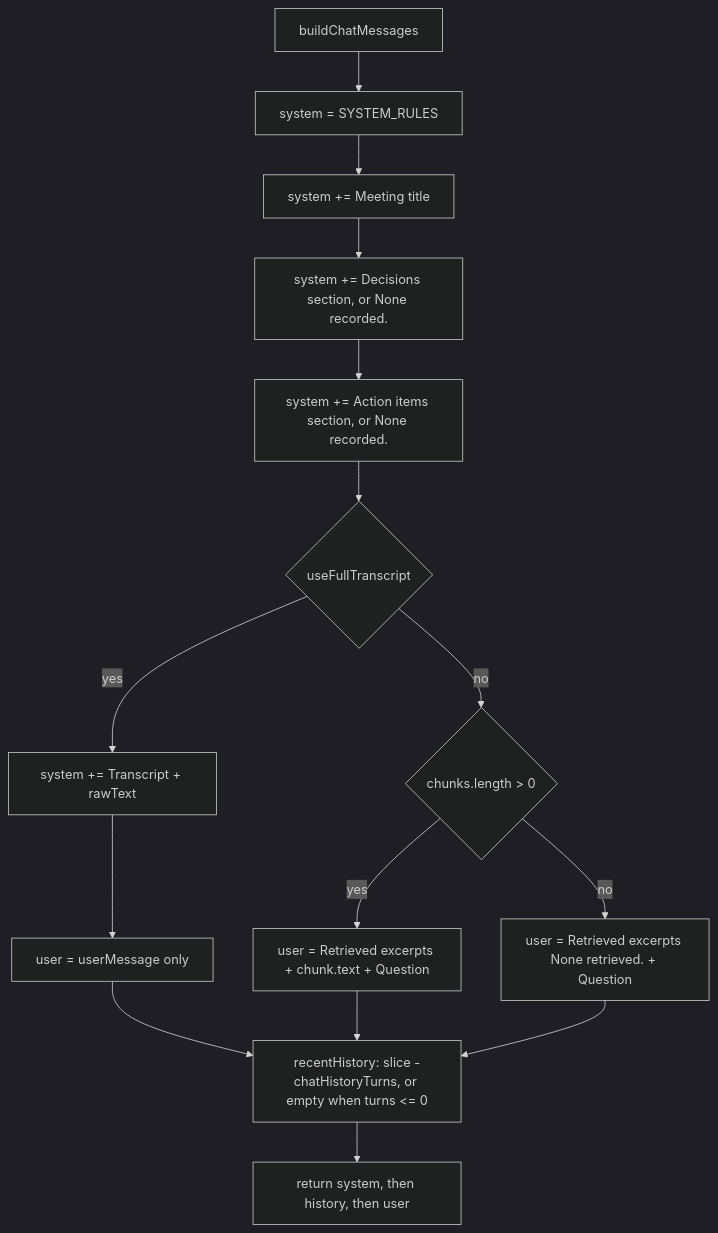
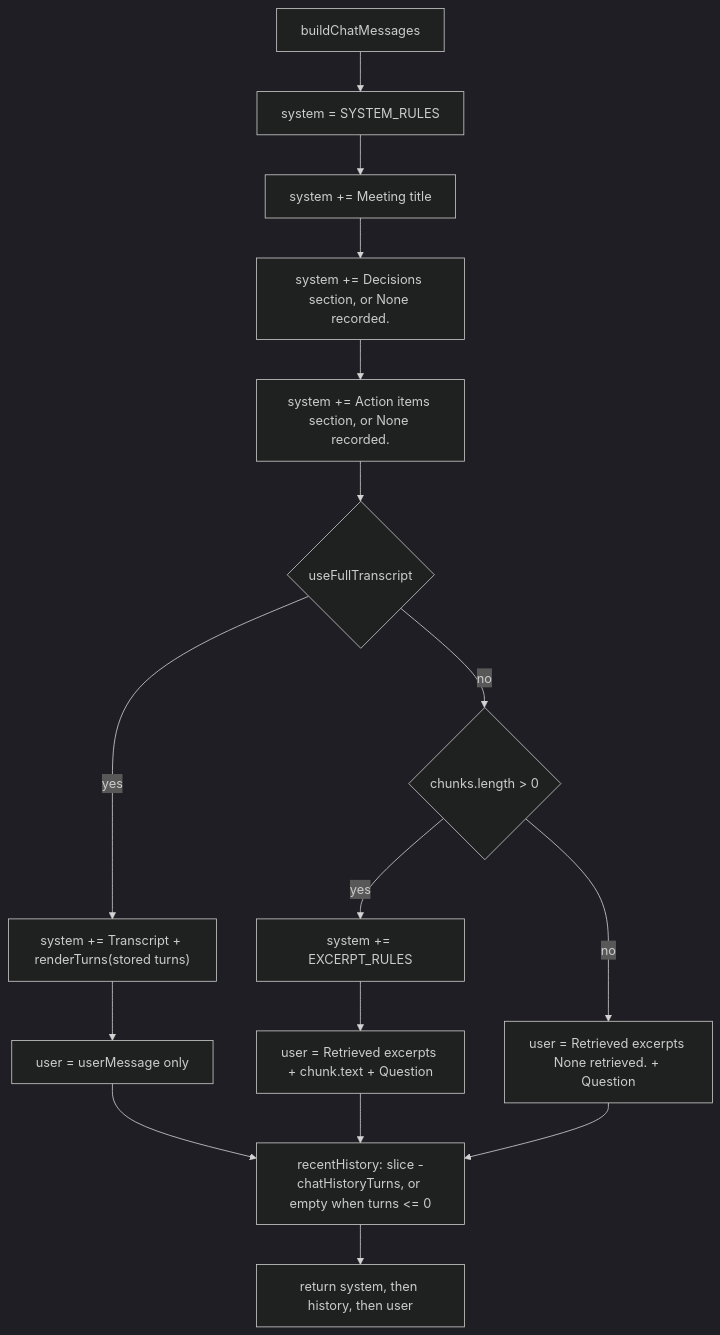
One commit to adamrefaey/meeting-intelligence changed the seventh of 7 diagrams in docs/flows/retrieval.md. Above: the diagram before and after it, drawn with Mermaid (dark theme). The commit also changed other lines of this file and 4 other files, not shown here.

````diff
--- a/docs/flows/retrieval.md
+++ b/docs/flows/retrieval.md
@@ -235,26 +236,27 @@
 ```mermaid
 flowchart TD
   start["buildChatMessages"]
   sysRules["system = SYSTEM_RULES"]
   title["system += Meeting title"]
   decisions["system += Decisions section, or None recorded."]
   actions["system += Action items section, or None recorded."]
   full{"useFullTranscript"}
-  sysTranscript["system += Transcript + rawText"]
+  sysTranscript["system += Transcript + renderTurns(stored turns)"]
   userFull["user = userMessage only"]
   excerpts{"chunks.length > 0"}
+  sysExcerpt["system += EXCERPT_RULES"]
   userChunks["user = Retrieved excerpts + chunk.text + Question"]
   userNone["user = Retrieved excerpts None retrieved. + Question"]
   hist["recentHistory: slice -chatHistoryTurns, or empty when turns <= 0"]
   msgs["return system, then history, then user"]
 
   start --> sysRules --> title --> decisions --> actions --> full
   full -->|yes| sysTranscript --> userFull
   full -->|no| excerpts
-  excerpts -->|yes| userChunks
+  excerpts -->|yes| sysExcerpt --> userChunks
   excerpts -->|no| userNone
   userFull --> hist
   userChunks --> hist
   userNone --> hist
   hist --> msgs
 ```
````
